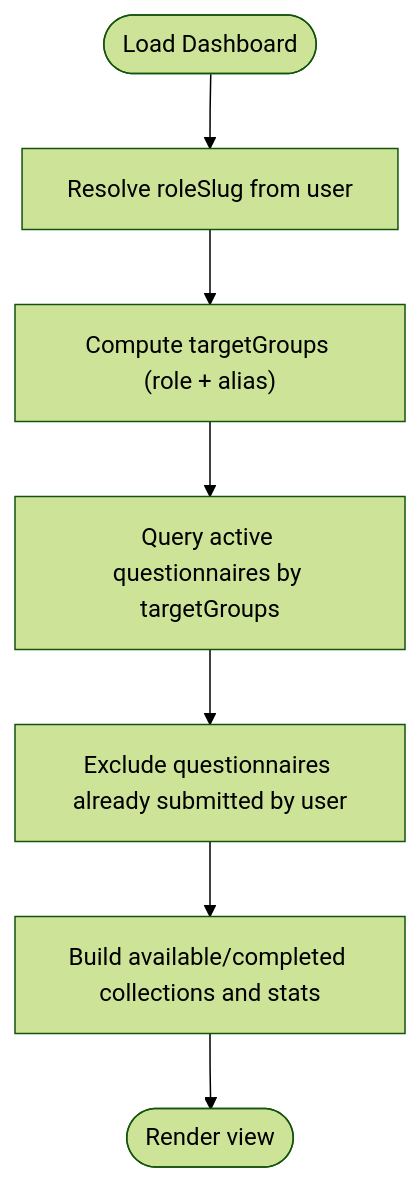
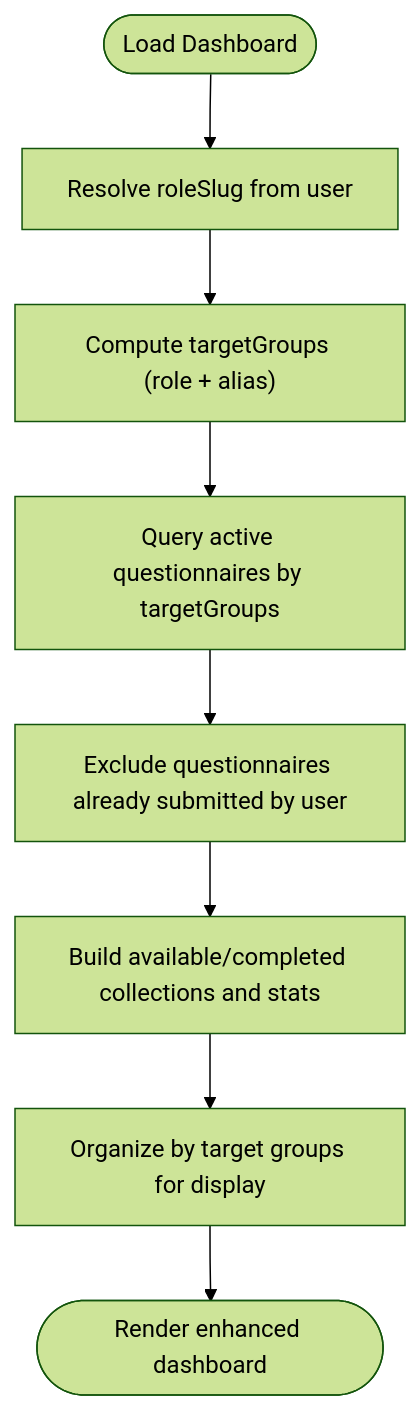
The third of 7 diagrams in .qoder/repowiki/en/content/Core Features/Evaluation Workflows/Evaluation Workflows.md (rudicatsmile/assesment360), drawn with Mermaid (forest theme) before and after one commit. The commit also changed other lines of this file and 5 other files, not shown here.

````diff
--- a/.qoder/repowiki/en/content/Core Features/Evaluation Workflows/Evaluation Workflows.md
+++ b/.qoder/repowiki/en/content/Core Features/Evaluation Workflows/Evaluation Workflows.md
@@ -187,9 +208,10 @@
 ```mermaid
 flowchart TD
 Start(["Load Dashboard"]) --> GetRole["Resolve roleSlug from user"]
 GetRole --> Aliases["Compute targetGroups (role + alias)"]
 Aliases --> QueryActive["Query active questionnaires by targetGroups"]
 QueryActive --> ExcludeSubmitted["Exclude questionnaires already submitted by user"]
 ExcludeSubmitted --> BuildPayload["Build available/completed collections and stats"]
-BuildPayload --> End(["Render view"])
+BuildPayload --> GroupDisplay["Organize by target groups for display"]
+GroupDisplay --> End(["Render enhanced dashboard"])
 ```
````
